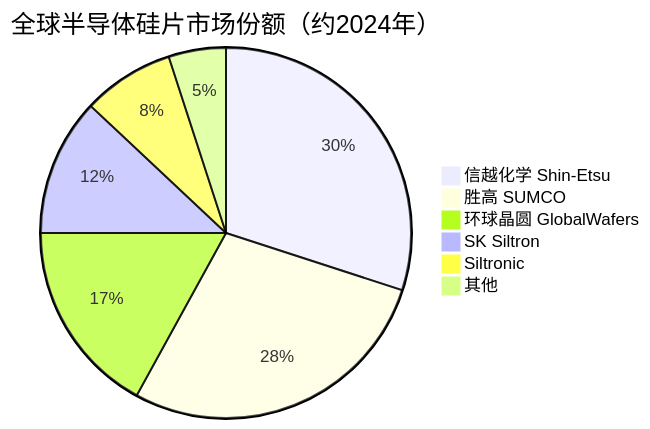
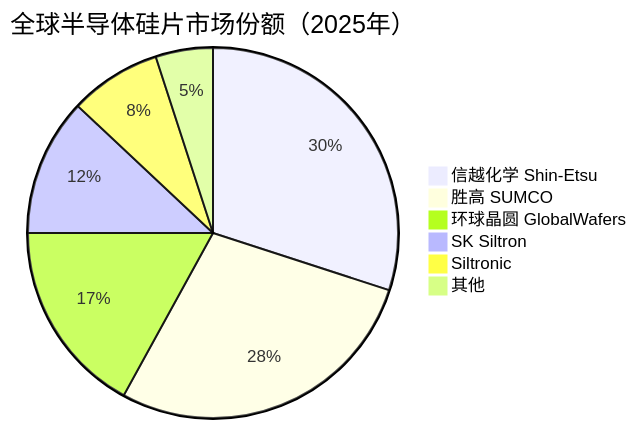
One commit to blueprint1453/industry-insight changed the third of 3 diagrams in 存储产业链/上游/存储芯片基础材料.md. Above: the diagram before and after it, drawn with Mermaid. The commit also changed other lines of this file and 78 other files, not shown here.

````diff
--- a/存储产业链/上游/存储芯片基础材料.md
+++ b/存储产业链/上游/存储芯片基础材料.md
@@ -94,9 +94,9 @@
 ```mermaid
-pie title 全球半导体硅片市场份额（约2024年）
+pie title 全球半导体硅片市场份额（2025年）
     "信越化学 Shin-Etsu" : 30
     "胜高 SUMCO" : 28
     "环球晶圆 GlobalWafers" : 17
     "SK Siltron" : 12
     "Siltronic" : 8
     "其他" : 5
 ```
````
